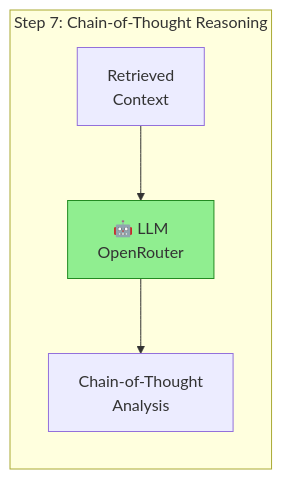
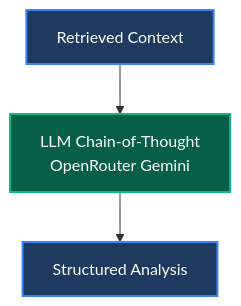
Diagram 15 of 22 in docs/roadmap/RAG_V6.md (RaulJuliosIglesias/ai-powered_cv_screener), drawn with Mermaid before and after one commit. The commit also changed other lines of this file, not shown here.

````diff
--- a/docs/roadmap/RAG_V6.md
+++ b/docs/roadmap/RAG_V6.md
@@ -344,9 +366,9 @@
 ```mermaid
-flowchart LR
-    subgraph Step7["Step 7: Chain-of-Thought Reasoning"]
-        Context["Retrieved<br/>Context"] --> LLM["🤖 LLM<br/>OpenRouter"]
-        LLM --> CoT["Chain-of-Thought<br/>Analysis"]
-    end
+flowchart TB
+    A[Retrieved Context] --> B[LLM Chain-of-Thought<br/>OpenRouter Gemini]
+    B --> C[Structured Analysis]
     
-    style LLM fill:#90EE90,stroke:#228B22
+    style A fill:#1e3a5f,stroke:#3b82f6,stroke-width:2px,color:#ffffff
+    style B fill:#065f46,stroke:#10b981,stroke-width:2px,color:#ffffff
+    style C fill:#1e3a5f,stroke:#3b82f6,stroke-width:2px,color:#ffffff
 ```
````
